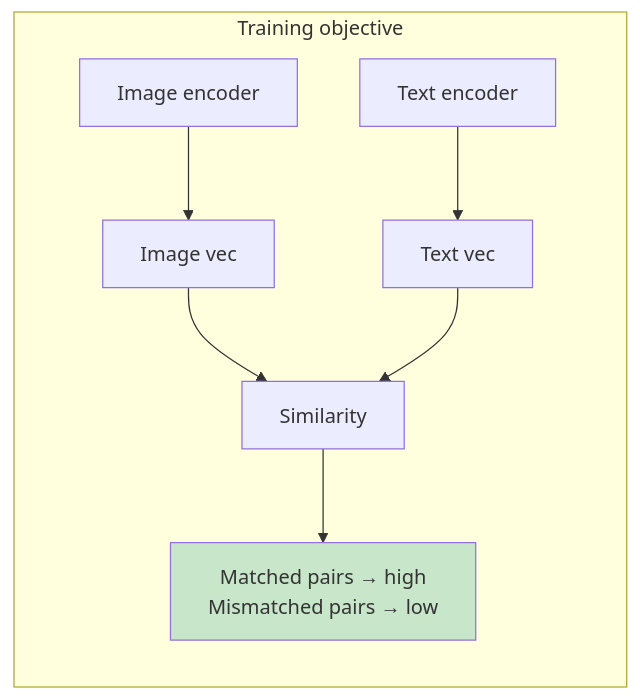
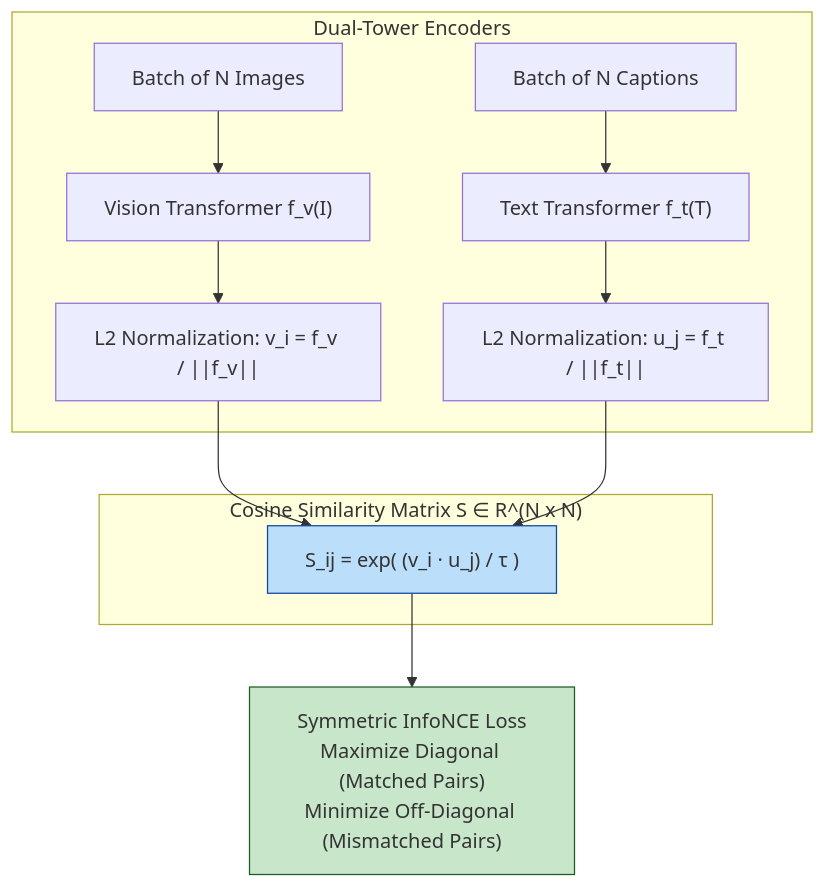
The third of 8 diagrams in en/chapters/14-multimodal.md (yingwang/thinking-in-llm), drawn with Mermaid before and after one commit. The commit also changed other lines of this file and 31 other files, not shown here.

````diff
--- a/en/chapters/14-multimodal.md
+++ b/en/chapters/14-multimodal.md
@@ -110,12 +89,19 @@
 ```mermaid
-flowchart LR
-    subgraph Train["Training objective"]
-        I["Image encoder"] --> Vi["Image vec"]
-        T["Text encoder"] --> Vt["Text vec"]
-        Vi --> S["Similarity"]
-        Vt --> S
-        S --> Loss["Matched pairs → high<br>Mismatched pairs → low"]
+flowchart TD
+    subgraph Encoders["Dual-Tower Encoders"]
+        BatchImg["Batch of N Images"] --> VisionEnc["Vision Transformer f_v(I)"]
+        BatchTxt["Batch of N Captions"] --> TextEnc["Text Transformer f_t(T)"]
+        VisionEnc --> NormV["L2 Normalization: v_i = f_v / ||f_v||"]
+        TextEnc --> NormU["L2 Normalization: u_j = f_t / ||f_t||"]
     end
 
-    style Loss fill:#c8e6c9
+    subgraph Matrix["Cosine Similarity Matrix S ∈ R^(N x N)"]
+        NormV --> Dot["S_ij = exp( (v_i · u_j) / τ )"]
+        NormU --> Dot
+    end
+
+    Dot --> Loss["Symmetric InfoNCE Loss<br/>Maximize Diagonal (Matched Pairs)<br/>Minimize Off-Diagonal (Mismatched Pairs)"]
+
+    style Loss fill:#c8e6c9,stroke:#1b5e20
+    style Dot fill:#bbdefb,stroke:#0d47a1
 ```
````
